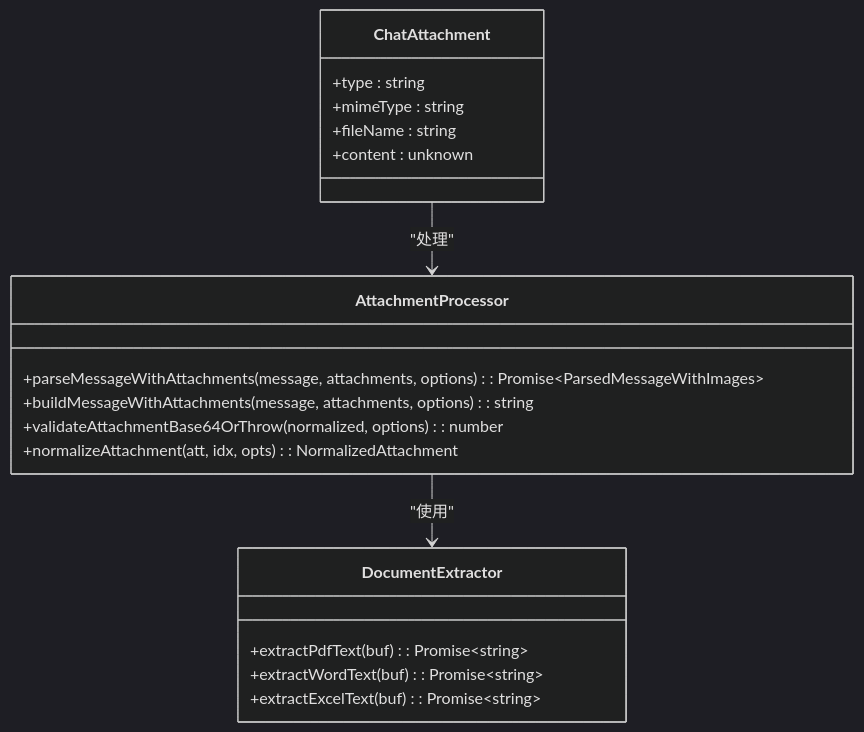
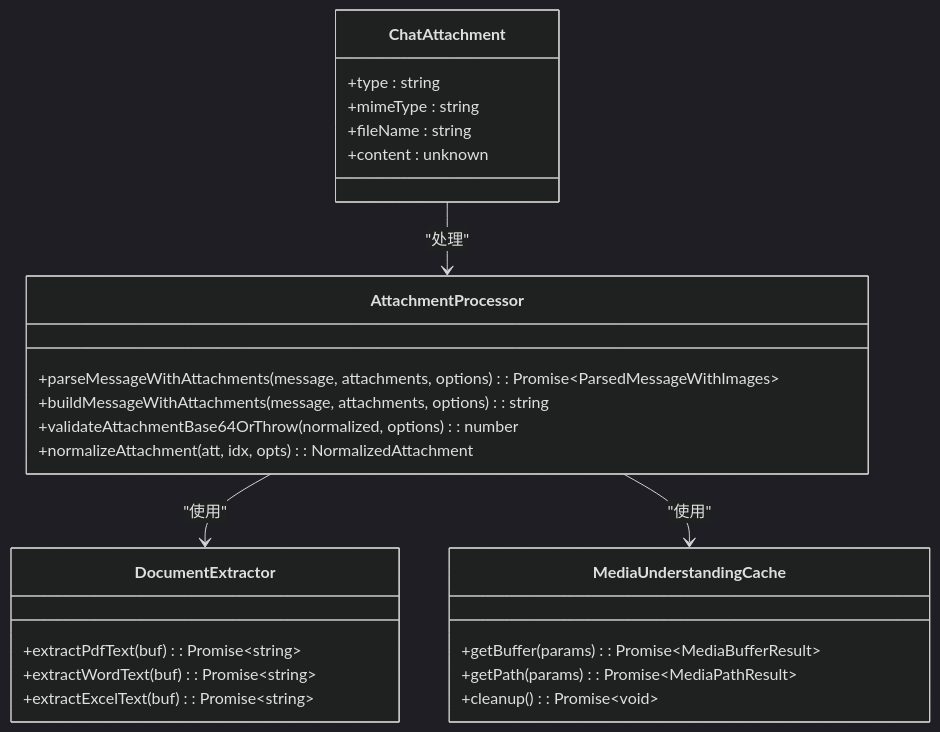
Before and after one commit to verse-ai-org/openclaw: the third of 11 diagrams in .qoder/repowiki/zh/content/Web界面/WebChat界面/聊天附件处理系统.md, drawn with Mermaid (dark theme). The commit also changed other lines of this file and 18 other files, not shown here.

````diff
--- a/.qoder/repowiki/zh/content/Web界面/WebChat界面/聊天附件处理系统.md
+++ b/.qoder/repowiki/zh/content/Web界面/WebChat界面/聊天附件处理系统.md
@@ -133,22 +153,28 @@
 ```mermaid
 classDiagram
 class ChatAttachment {
 +type : string
 +mimeType : string
 +fileName : string
 +content : unknown
 }
 class AttachmentProcessor {
 +parseMessageWithAttachments(message, attachments, options) : Promise~ParsedMessageWithImages~
 +buildMessageWithAttachments(message, attachments, options) : string
 +validateAttachmentBase64OrThrow(normalized, options) : number
 +normalizeAttachment(att, idx, opts) : NormalizedAttachment
 }
 class DocumentExtractor {
 +extractPdfText(buf) : Promise~string~
 +extractWordText(buf) : Promise~string~
 +extractExcelText(buf) : Promise~string~
 }
+class MediaUnderstandingCache {
++getBuffer(params) : Promise~MediaBufferResult~
++getPath(params) : Promise~MediaPathResult~
++cleanup() : Promise~void~
+}
 ChatAttachment --> AttachmentProcessor : "处理"
 AttachmentProcessor --> DocumentExtractor : "使用"
+AttachmentProcessor --> MediaUnderstandingCache : "使用"
 ```
````
